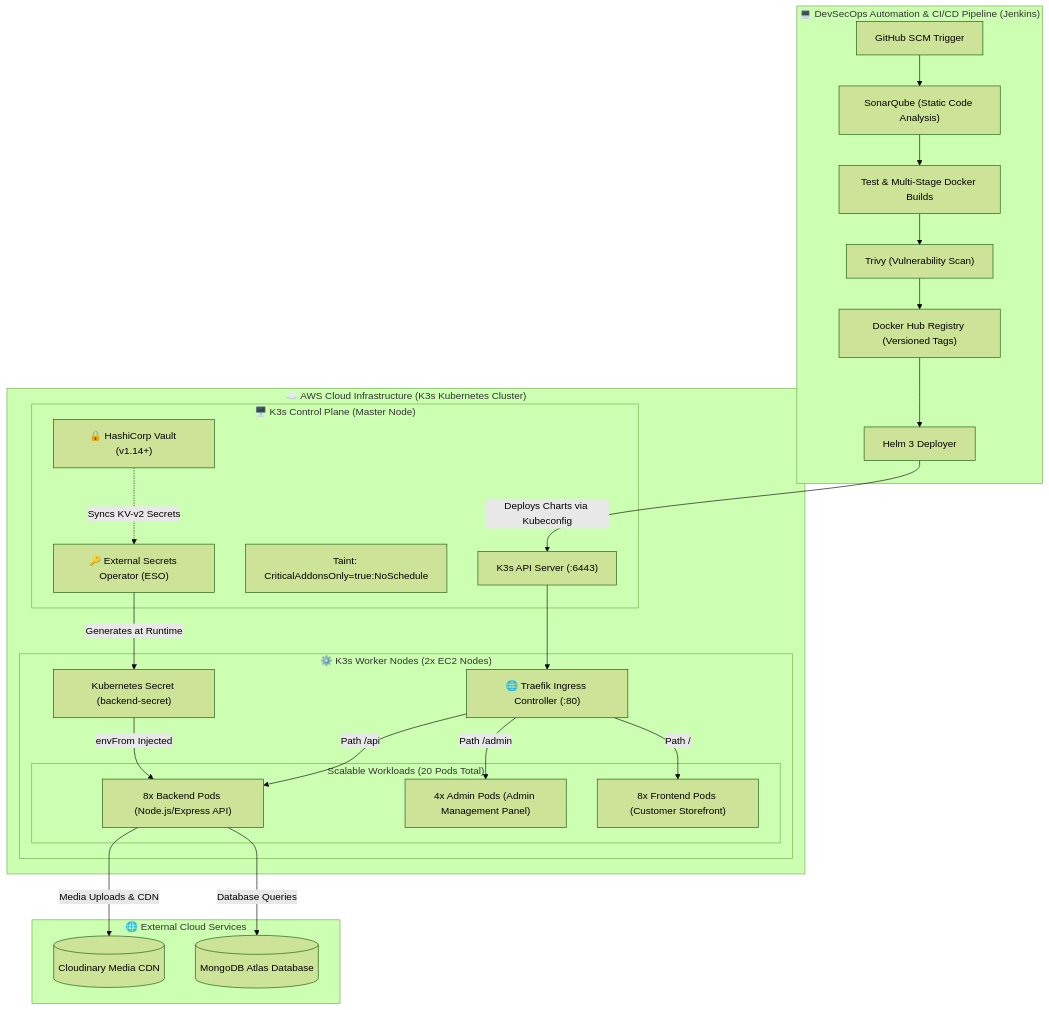
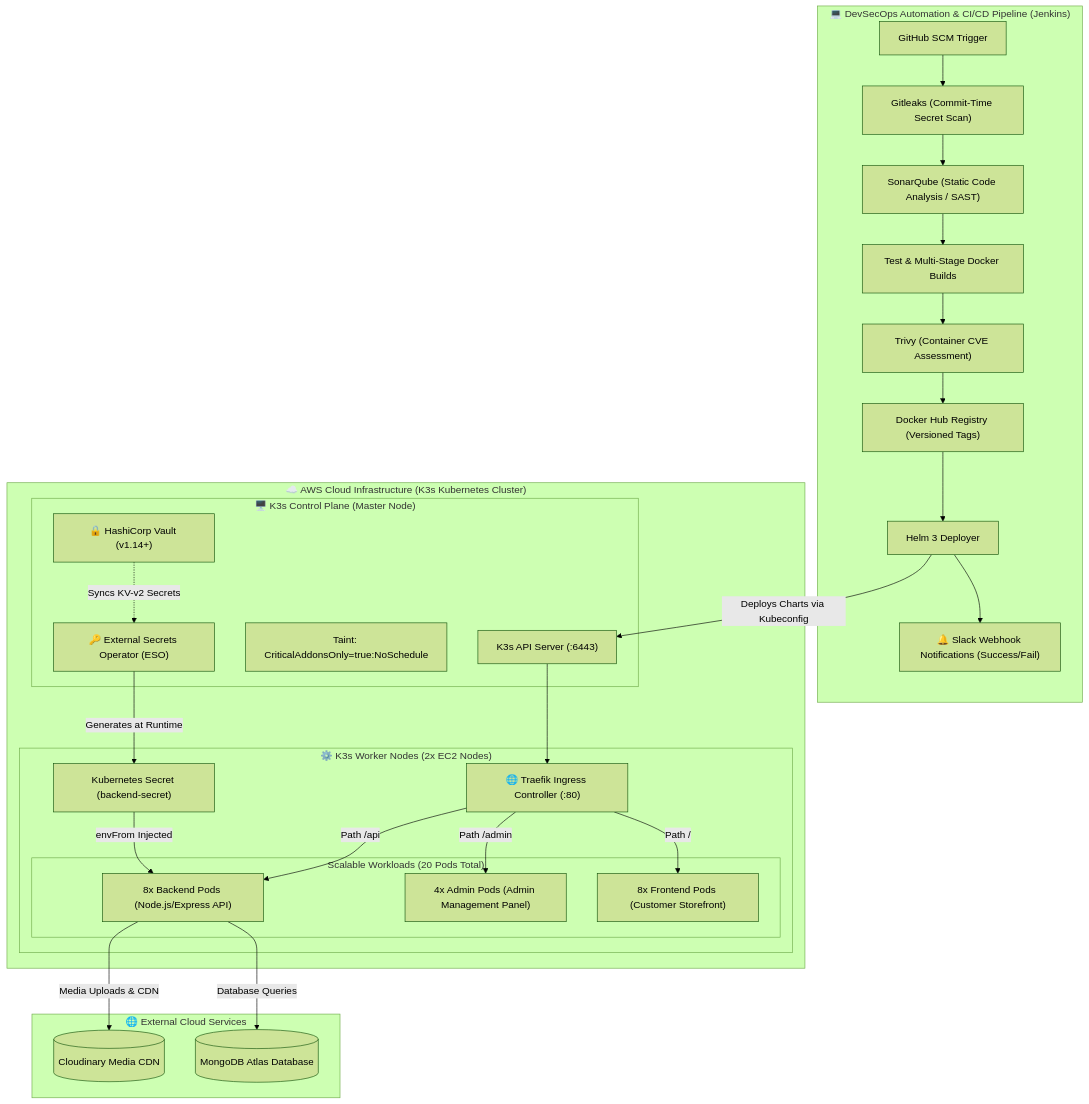
Before and after one commit to GANESHVEERABOINA/x-shop-devops: the first of 2 diagrams in README.md, drawn with Mermaid (forest theme). The commit also changed other lines of this file, not shown here.

Commit message:
Docs: Enhance README with Slack alerts, Dev vs DevOps roles, and Phase 2 DevSecOps roadmap (Checkov, DefectDojo, ZAP, Falco, Custom VPC)

````diff
--- a/README.md
+++ b/README.md
@@ -30,51 +31,53 @@
 ```mermaid
 flowchart TB
     subgraph CI_CD["💻 DevSecOps Automation & CI/CD Pipeline (Jenkins)"]
         SCM["GitHub SCM Trigger"]
-        SQ["SonarQube (Static Code Analysis)"]
+        GL["Gitleaks (Commit-Time Secret Scan)"]
+        SQ["SonarQube (Static Code Analysis / SAST)"]
         BUILD["Test & Multi-Stage Docker Builds"]
-        TRIVY["Trivy (Vulnerability Scan)"]
+        TRIVY["Trivy (Container CVE Assessment)"]
         DH["Docker Hub Registry (Versioned Tags)"]
         HELM["Helm 3 Deployer"]
+        SLACK["🔔 Slack Webhook Notifications (Success/Fail)"]
 
-        SCM --> SQ --> BUILD --> TRIVY --> DH --> HELM
+        SCM --> GL --> SQ --> BUILD --> TRIVY --> DH --> HELM --> SLACK
     end
 
     subgraph AWS["☁️ AWS Cloud Infrastructure (K3s Kubernetes Cluster)"]
         subgraph MasterNode["🖥️ K3s Control Plane (Master Node)"]
             K8sAPI["K3s API Server (:6443)"]
             Taint["Taint: CriticalAddonsOnly=true:NoSchedule"]
             Vault["🔒 HashiCorp Vault (v1.14+)"]
             ESO["🔑 External Secrets Operator (ESO)"]
         end
 
         subgraph WorkerNodes["⚙️ K3s Worker Nodes (2x EC2 Nodes)"]
             Traefik["🌐 Traefik Ingress Controller (:80)"]
             
             subgraph Workloads["Scalable Workloads (20 Pods Total)"]
                 FE["8x Frontend Pods (Customer Storefront)"]
                 BE["8x Backend Pods (Node.js/Express API)"]
                 AD["4x Admin Pods (Admin Management Panel)"]
             end
             
             K8sSec["Kubernetes Secret (backend-secret)"]
         end
 
         K8sAPI --> Traefik
         Vault -.->|"Syncs KV-v2 Secrets"| ESO
         ESO -->|"Generates at Runtime"| K8sSec
         K8sSec -->|"envFrom Injected"| BE
     end
 
     subgraph External["🌐 External Cloud Services"]
         MONGO[("MongoDB Atlas Database")]
         CLOUDINARY[("Cloudinary Media CDN")]
     end
 
     HELM -->|"Deploys Charts via Kubeconfig"| K8sAPI
     BE -->|"Database Queries"| MONGO
     BE -->|"Media Uploads & CDN"| CLOUDINARY
     Traefik -->|"Path /"| FE
     Traefik -->|"Path /admin"| AD
     Traefik -->|"Path /api"| BE
 ```
````
